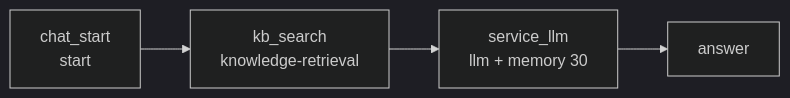
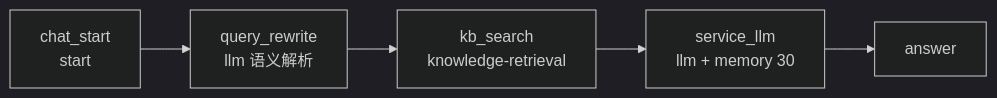
One commit to qq847680004/dify-demo1 changed the diagram in docs/plans/2026-08-27-b2b-ecommerce-rag-service.md. Above: the diagram before and after it, drawn with Mermaid (dark theme). The commit also changed other lines of this file and 1 other file, not shown here.

````diff
--- a/docs/plans/2026-08-27-b2b-ecommerce-rag-service.md
+++ b/docs/plans/2026-08-27-b2b-ecommerce-rag-service.md
@@ -38,9 +39,11 @@
 ```mermaid
 flowchart LR
   chat_start["chat_start
-start"] --> kb_search["kb_search
+start"] --> query_rewrite["query_rewrite
+llm 语义解析"]
+  query_rewrite --> kb_search["kb_search
 knowledge-retrieval"]
   kb_search --> service_llm["service_llm
 llm + memory 30"]
   service_llm --> answer["answer"]
 ```
````
